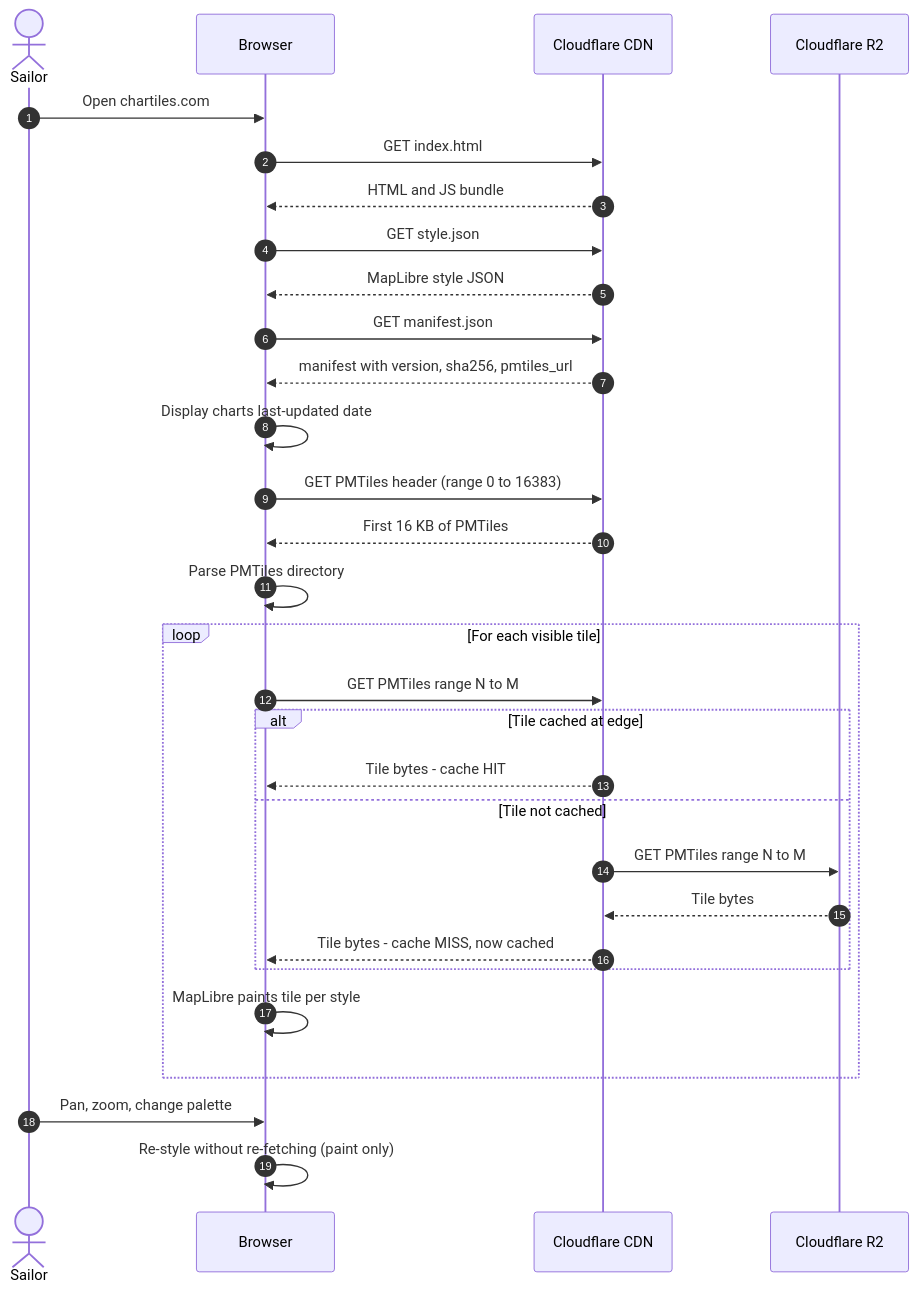
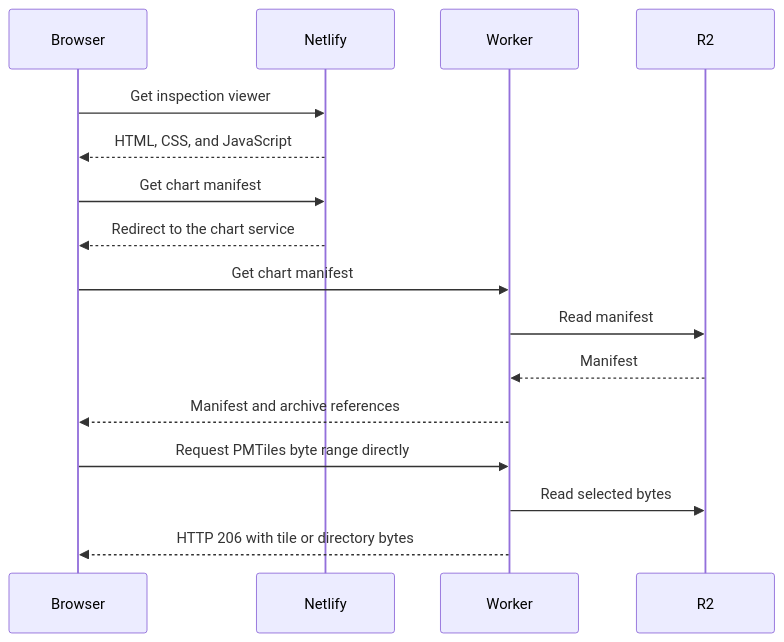
The second of 3 diagrams in docs/architecture/data-flows.md (ivanoats/chartiles), drawn with Mermaid before and after one commit. The commit also changed other lines of this file and 20 other files, not shown here.

First line of the commit message:
docs: refresh architecture and record the Astro decision

````diff
--- a/docs/architecture/data-flows.md
+++ b/docs/architecture/data-flows.md
@@ -45,33 +30,18 @@
 ```mermaid
 sequenceDiagram
-    autonumber
-    actor Sailor
     participant Browser
-    participant CDN as Cloudflare CDN
-    participant R2 as Cloudflare R2
-
-    Sailor->>Browser: Open chartiles.com
-    Browser->>CDN: GET index.html
-    CDN-->>Browser: HTML and JS bundle
-    Browser->>CDN: GET style.json
-    CDN-->>Browser: MapLibre style JSON
-    Browser->>CDN: GET manifest.json
-    CDN-->>Browser: manifest with version, sha256, pmtiles_url
-    Browser->>Browser: Display charts last-updated date
-    Browser->>CDN: GET PMTiles header (range 0 to 16383)
-    CDN-->>Browser: First 16 KB of PMTiles
-    Browser->>Browser: Parse PMTiles directory
-    loop For each visible tile
-        Browser->>CDN: GET PMTiles range N to M
-        alt Tile cached at edge
-            CDN-->>Browser: Tile bytes - cache HIT
-        else Tile not cached
-            CDN->>R2: GET PMTiles range N to M
-            R2-->>CDN: Tile bytes
-            CDN-->>Browser: Tile bytes - cache MISS, now cached
-        end
-        Browser->>Browser: MapLibre paints tile per style
-    end
-    Sailor->>Browser: Pan, zoom, change palette
-    Browser->>Browser: Re-style without re-fetching (paint only)
+    participant Netlify
+    participant Worker
+    participant R2
+    Browser->>Netlify: Get inspection viewer
+    Netlify-->>Browser: HTML, CSS, and JavaScript
+    Browser->>Netlify: Get chart manifest
+    Netlify-->>Browser: Redirect to the chart service
+    Browser->>Worker: Get chart manifest
+    Worker->>R2: Read manifest
+    R2-->>Worker: Manifest
+    Worker-->>Browser: Manifest and archive references
+    Browser->>Worker: Request PMTiles byte range directly
+    Worker->>R2: Read selected bytes
+    Worker-->>Browser: HTTP 206 with tile or directory bytes
 ```
````
